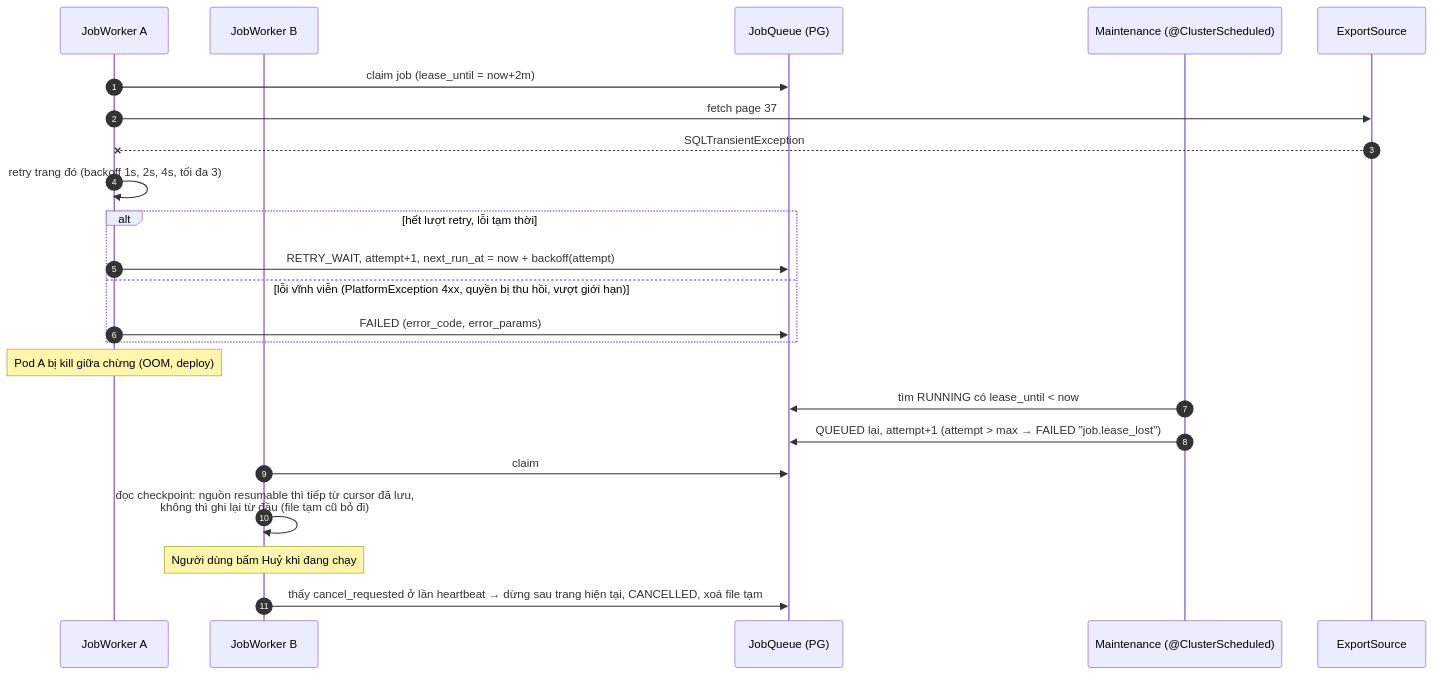
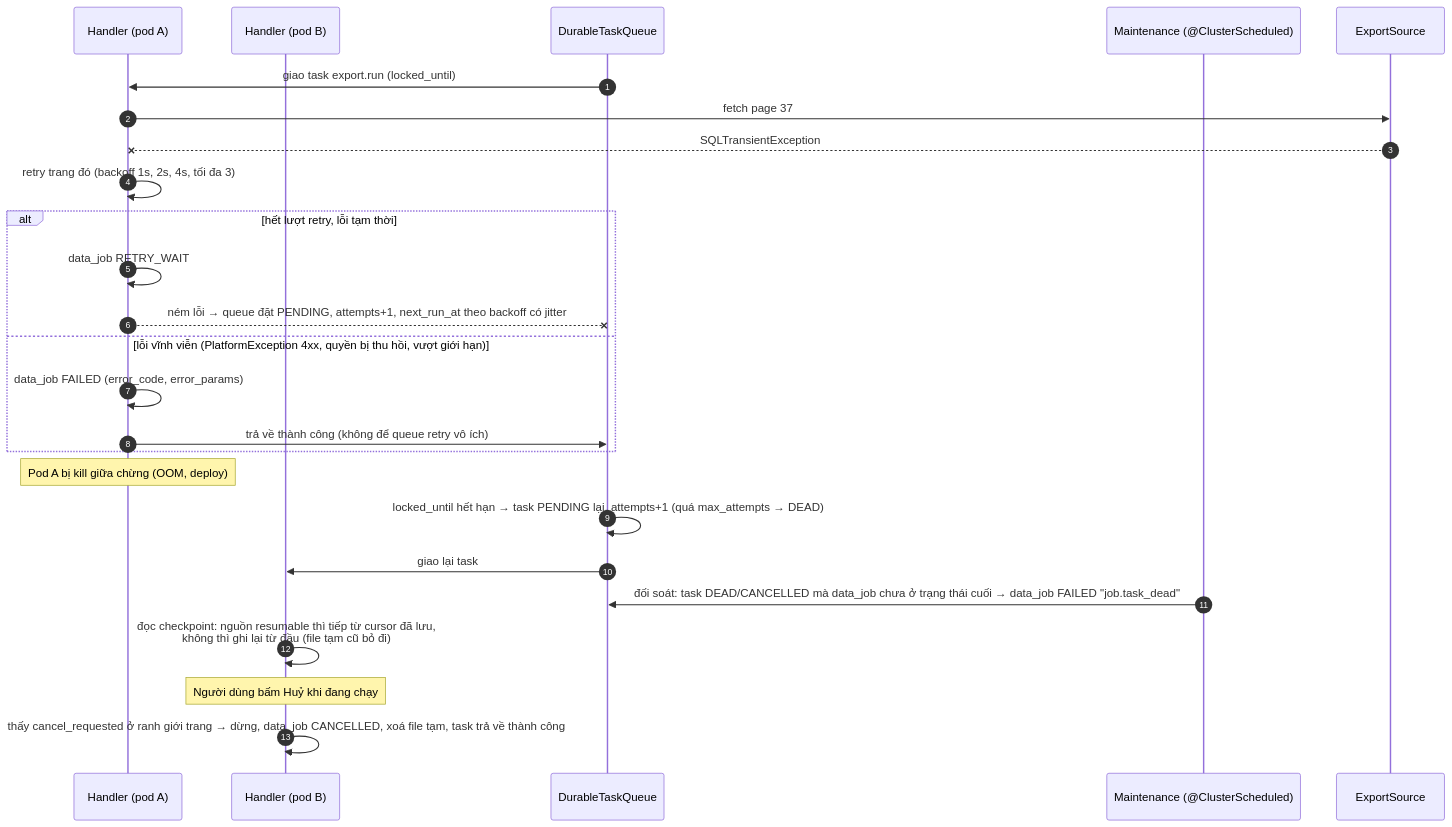
One commit to vyforge/.github changed the third of 7 diagrams in docs/design/export.md. Above: the diagram before and after it, drawn with Mermaid. The commit also changed other lines of this file, not shown here.

Commit message:
docs(design): export runs on DurableTaskQueue, SecretCipher and per-starter Flyway history

````diff
--- a/docs/design/export.md
+++ b/docs/design/export.md
@@ -356,26 +363,28 @@
 ```mermaid
 sequenceDiagram
     autonumber
-    participant K as JobWorker A
-    participant K2 as JobWorker B
-    participant Q as JobQueue (PG)
+    participant K as Handler (pod A)
+    participant K2 as Handler (pod B)
+    participant Q as DurableTaskQueue
     participant M as Maintenance (@ClusterScheduled)
     participant SRC as ExportSource
 
-    K->>Q: claim job (lease_until = now+2m)
+    Q->>K: giao task export.run (locked_until)
     K->>SRC: fetch page 37
     SRC--xK: SQLTransientException
     K->>K: retry trang đó (backoff 1s, 2s, 4s, tối đa 3)
     alt hết lượt retry, lỗi tạm thời
-        K->>Q: RETRY_WAIT, attempt+1, next_run_at = now + backoff(attempt)
+        K->>K: data_job RETRY_WAIT
+        K--xQ: ném lỗi → queue đặt PENDING, attempts+1, next_run_at theo backoff có jitter
     else lỗi vĩnh viễn (PlatformException 4xx, quyền bị thu hồi, vượt giới hạn)
-        K->>Q: FAILED (error_code, error_params)
+        K->>K: data_job FAILED (error_code, error_params)
+        K->>Q: trả về thành công (không để queue retry vô ích)
     end
     Note over K: Pod A bị kill giữa chừng (OOM, deploy)
-    M->>Q: tìm RUNNING có lease_until < now
-    M->>Q: QUEUED lại, attempt+1 (attempt > max → FAILED "job.lease_lost")
-    K2->>Q: claim
+    Q->>Q: locked_until hết hạn → task PENDING lại, attempts+1 (quá max_attempts → DEAD)
+    Q->>K2: giao lại task
+    M->>Q: đối soát: task DEAD/CANCELLED mà data_job chưa ở trạng thái cuối → data_job FAILED "job.task_dead"
     K2->>K2: đọc checkpoint: nguồn resumable thì tiếp từ cursor đã lưu,<br/>không thì ghi lại từ đầu (file tạm cũ bỏ đi)
     Note over K2: Người dùng bấm Huỷ khi đang chạy
-    K2->>Q: thấy cancel_requested ở lần heartbeat → dừng sau trang hiện tại, CANCELLED, xoá file tạm
+    K2->>K2: thấy cancel_requested ở ranh giới trang → dừng, data_job CANCELLED, xoá file tạm, task trả về thành công
 ```
````
